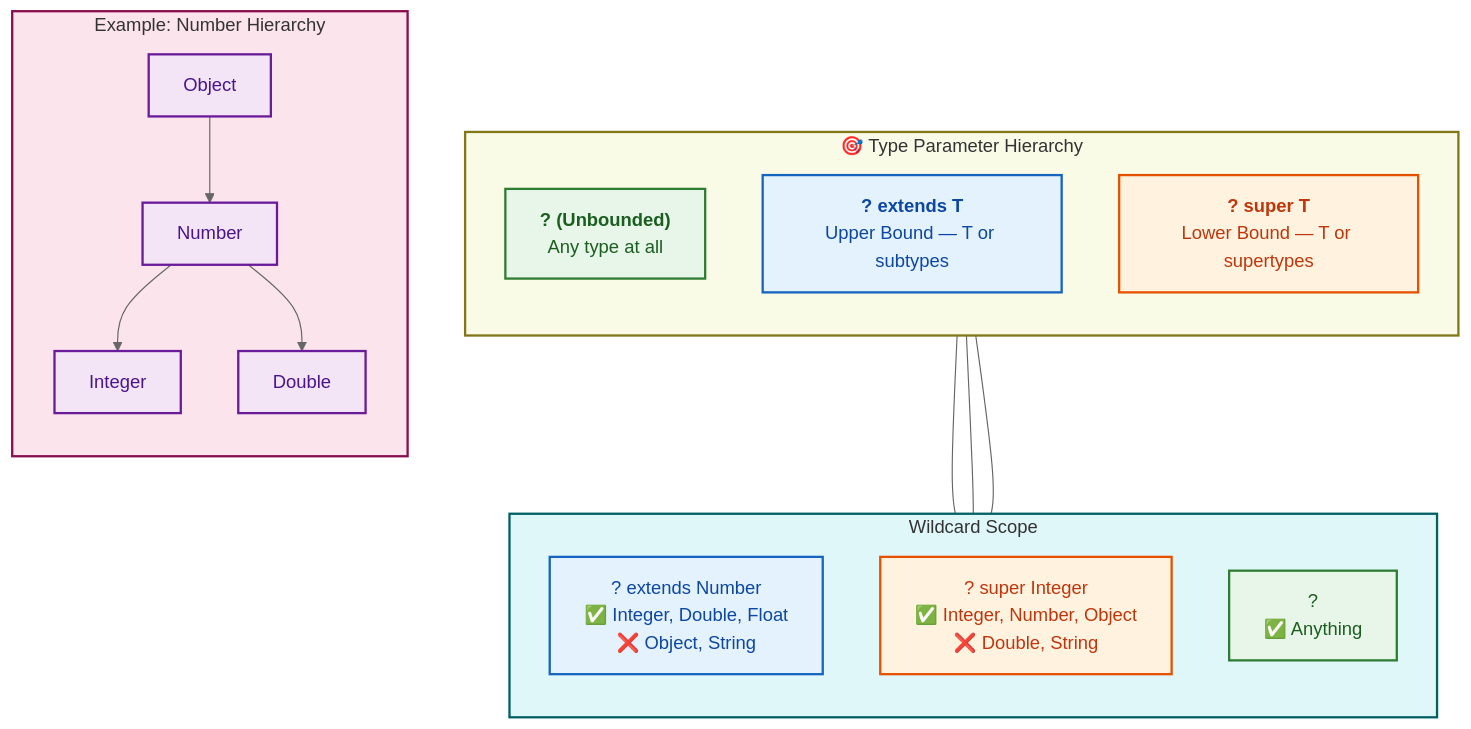
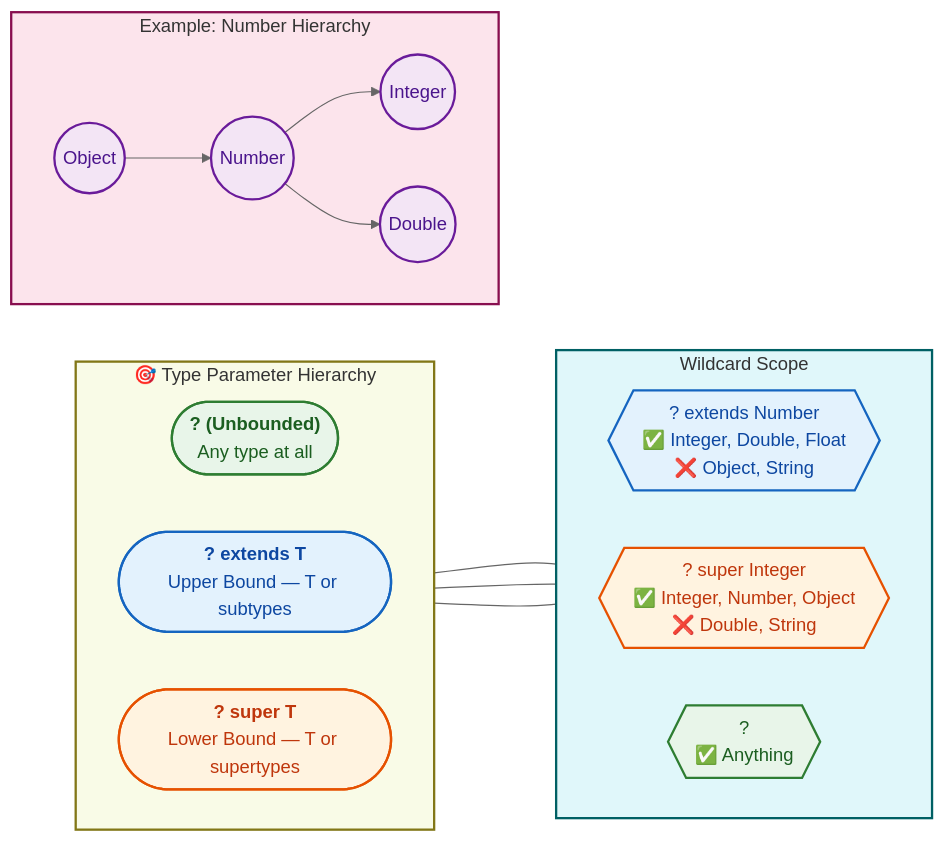
Before and after one commit to saivamsikaruturi/vamsilabs-dev-notes-main: the second of 5 diagrams in docs/java/Generics.md, drawn with Mermaid (neutral theme). The commit also changed other lines of this file and 146 other files, not shown here.

Commit message:
Horizontal diagrams, UML class diagrams, typography overhaul, and permalink cleanup

````diff
--- a/docs/java/Generics.md
+++ b/docs/java/Generics.md
@@ -117,46 +117,46 @@
 ```mermaid
-flowchart TB
+flowchart LR
     subgraph legend["🎯 Type Parameter Hierarchy"]
-        direction TB
-        W["<b>? (Unbounded)</b><br/>Any type at all"]
-        UB["<b>? extends T</b><br/>Upper Bound — T or subtypes"]
-        LB["<b>? super T</b><br/>Lower Bound — T or supertypes"]
+        direction LR
+        W(["<b>? (Unbounded)</b><br/>Any type at all"])
+        UB(["<b>? extends T</b><br/>Upper Bound — T or subtypes"])
+        LB(["<b>? super T</b><br/>Lower Bound — T or supertypes"])
     end
 
     subgraph example["Example: Number Hierarchy"]
-        direction TB
-        OBJ["Object"]
-        NUM["Number"]
-        INT["Integer"]
-        DBL["Double"]
+        direction LR
+        OBJ(("Object"))
+        NUM(("Number"))
+        INT(("Integer"))
+        DBL(("Double"))
         
         OBJ --> NUM
         NUM --> INT
         NUM --> DBL
     end
 
     subgraph bounds["Wildcard Scope"]
-        direction TB
-        EXT["? extends Number<br/>✅ Integer, Double, Float<br/>❌ Object, String"]
-        SUP["? super Integer<br/>✅ Integer, Number, Object<br/>❌ Double, String"]
-        UNB["?<br/>✅ Anything"]
+        direction LR
+        EXT{{"? extends Number<br/>✅ Integer, Double, Float<br/>❌ Object, String"}}
+        SUP{{"? super Integer<br/>✅ Integer, Number, Object<br/>❌ Double, String"}}
+        UNB{{"?<br/>✅ Anything"}}
     end
 
     W --- UNB
     UB --- EXT
     LB --- SUP
 
     style W fill:#E8F5E9,stroke:#2E7D32,stroke-width:2px,color:#1B5E20
     style UB fill:#E3F2FD,stroke:#1565C0,stroke-width:2px,color:#0D47A1
     style LB fill:#FFF3E0,stroke:#E65100,stroke-width:2px,color:#BF360C
     style EXT fill:#E3F2FD,stroke:#1565C0,stroke-width:2px,color:#0D47A1
     style SUP fill:#FFF3E0,stroke:#E65100,stroke-width:2px,color:#BF360C
     style UNB fill:#E8F5E9,stroke:#2E7D32,stroke-width:2px,color:#1B5E20
     style OBJ fill:#F3E5F5,stroke:#6A1B9A,stroke-width:2px,color:#4A148C
     style NUM fill:#F3E5F5,stroke:#6A1B9A,stroke-width:2px,color:#4A148C
     style INT fill:#F3E5F5,stroke:#6A1B9A,stroke-width:2px,color:#4A148C
     style DBL fill:#F3E5F5,stroke:#6A1B9A,stroke-width:2px,color:#4A148C
     style legend fill:#F9FBE7,stroke:#827717,stroke-width:2px
     style example fill:#FCE4EC,stroke:#880E4F,stroke-width:2px
     style bounds fill:#E0F7FA,stroke:#006064,stroke-width:2px
 ```
````
